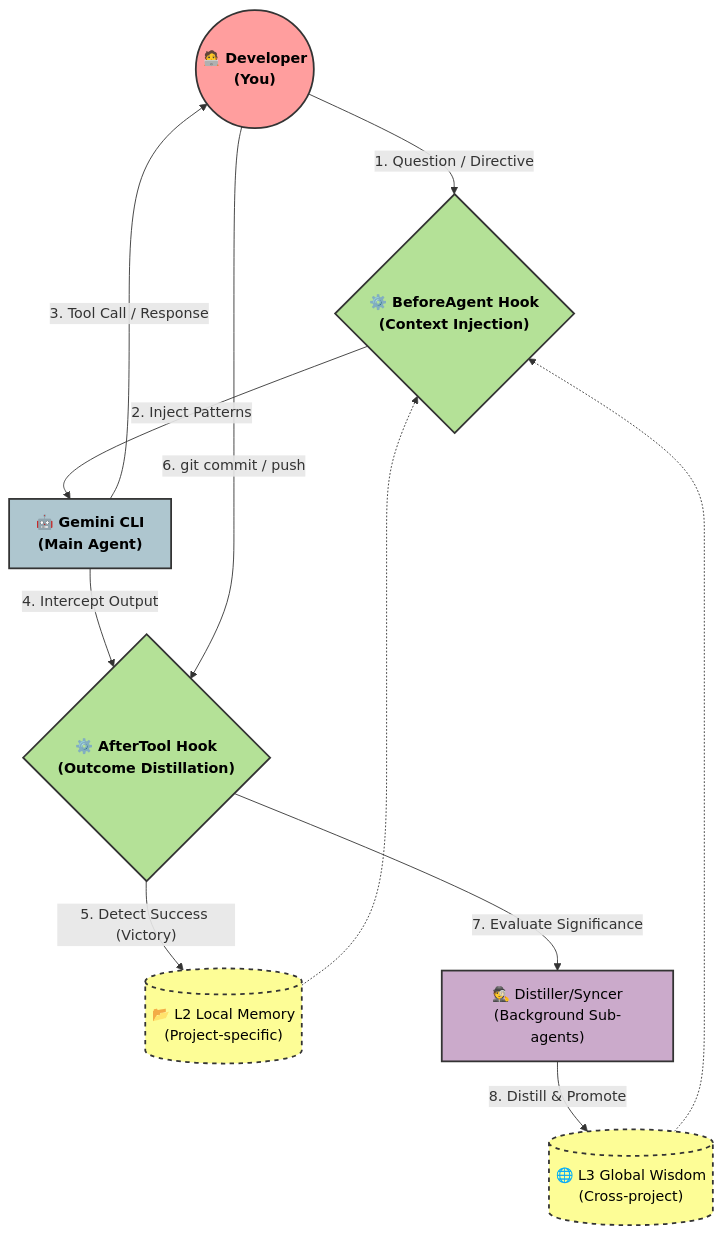
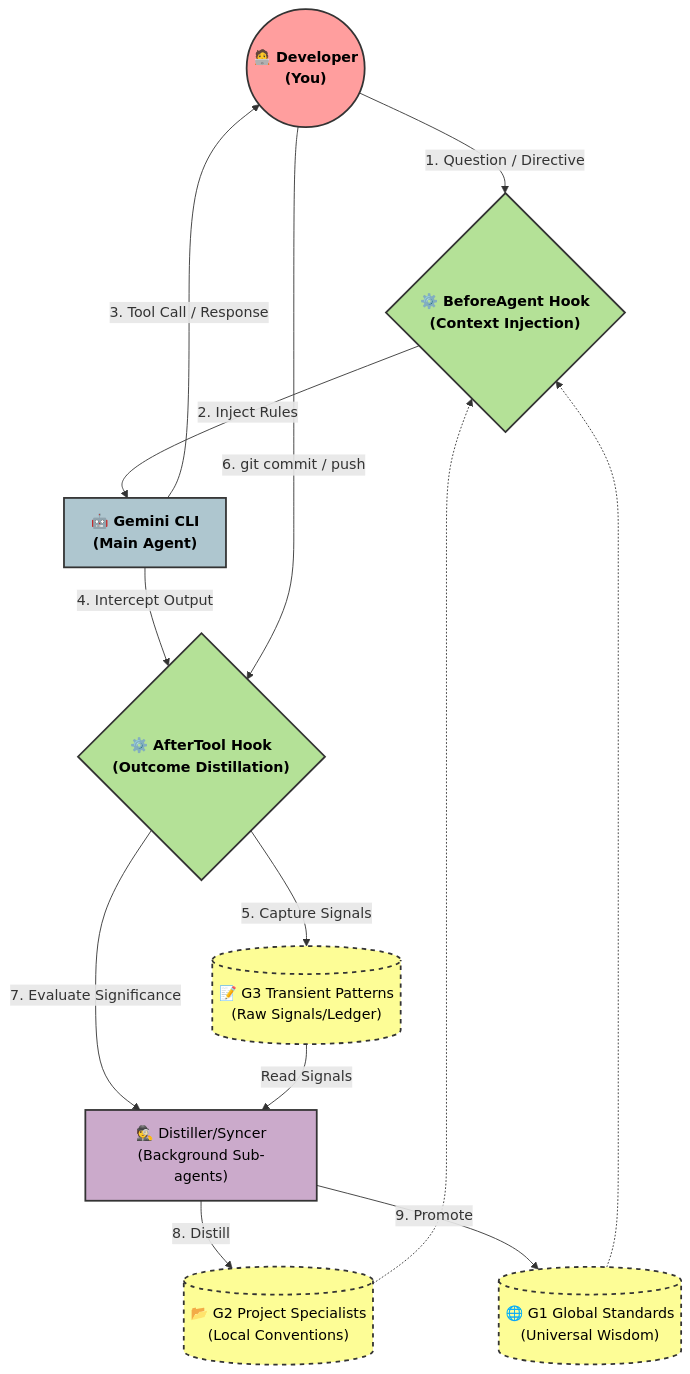
One commit to Biogod2020/ASSA changed the first of 2 diagrams in README.md. Above: the diagram before and after it, drawn with Mermaid. The commit also changed 1 other file, not shown here.

Commit message:
docs: align evolution architecture diagram with G-series model and add G3 patterns

````diff
--- a/README.md
+++ b/README.md
@@ -19,37 +19,40 @@
 ```mermaid
 flowchart TD
     %% Define Styles
     classDef userNode fill:#FF9E9E,stroke:#333,stroke-width:2px,color:#000,font-weight:bold
     classDef geminiNode fill:#AEC6CF,stroke:#333,stroke-width:2px,color:#000,font-weight:bold
     classDef assaNode fill:#B4E197,stroke:#333,stroke-width:2px,color:#000,font-weight:bold
     classDef memoryNode fill:#FDFD96,stroke:#333,stroke-width:2px,color:#000,stroke-dasharray: 5 5
     classDef subAgentNode fill:#CBAACB,stroke:#333,stroke-width:2px,color:#000
 
     %% Nodes
     User(("🧑‍💻 Developer<br/>(You)")):::userNode
     Gemini["🤖 Gemini CLI<br/>(Main Agent)"]:::geminiNode
     Hook_Before{"⚙️ BeforeAgent Hook<br/>(Context Injection)"}:::assaNode
     Hook_After{"⚙️ AfterTool Hook<br/>(Outcome Distillation)"}:::assaNode
     
-    Mem_Local[("📂 L2 Local Memory<br/>(Project-specific)")]:::memoryNode
-    Mem_Global[("🌐 L3 Global Wisdom<br/>(Cross-project)")]:::memoryNode
+    Mem_G3[("📝 G3 Transient Patterns<br/>(Raw Signals/Ledger)")]:::memoryNode
+    Mem_G2[("📂 G2 Project Specialists<br/>(Local Conventions)")]:::memoryNode
+    Mem_G1[("🌐 G1 Global Standards<br/>(Universal Wisdom)")]:::memoryNode
     
     SubAgent["🕵️ Distiller/Syncer<br/>(Background Sub-agents)"]:::subAgentNode
 
     %% Flow: Normal Conversation
     User -- "1. Question / Directive" --> Hook_Before
-    Hook_Before -- "2. Inject Patterns" --> Gemini
-    Mem_Local -.-> Hook_Before
-    Mem_Global -.-> Hook_Before
+    Hook_Before -- "2. Inject Rules" --> Gemini
+    Mem_G2 -.-> Hook_Before
+    Mem_G1 -.-> Hook_Before
 
     Gemini -- "3. Tool Call / Response" --> User
     Gemini -- "4. Intercept Output" --> Hook_After
     
     %% Flow: Reflex Evolution
-    Hook_After -- "5. Detect Success (Victory)" --> Mem_Local
+    Hook_After -- "5. Capture Signals" --> Mem_G3
     
     %% Flow: Deep Evolution
     User -- "6. git commit / push" --> Hook_After
     Hook_After -- "7. Evaluate Significance" --> SubAgent
-    SubAgent -- "8. Distill & Promote" --> Mem_Global
+    SubAgent -- "8. Distill" --> Mem_G2
+    SubAgent -- "9. Promote" --> Mem_G1
+    Mem_G3 -- "Read Signals" --> SubAgent
 ```
````
